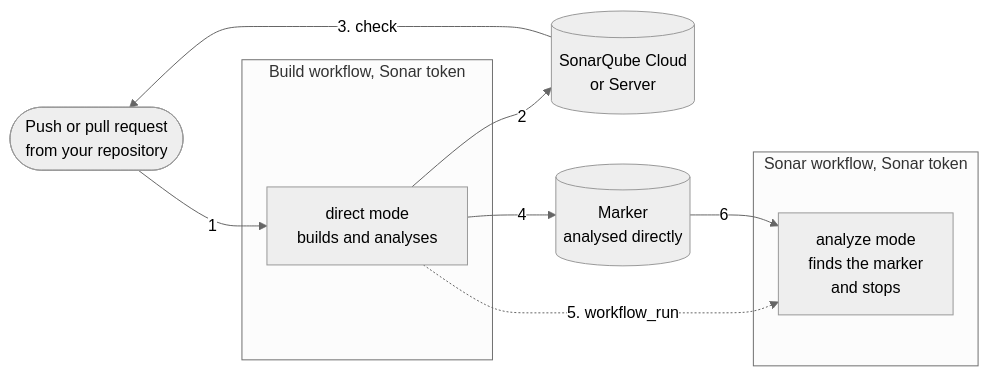
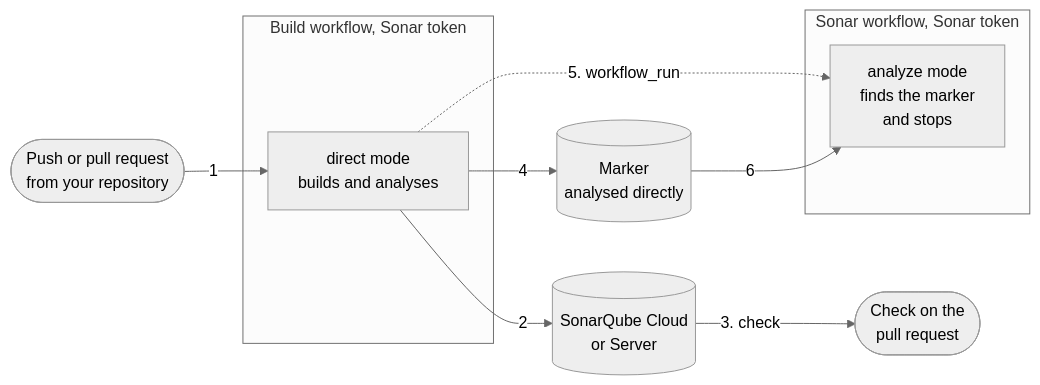
One commit to galois-groups/sonar-fork-analysis changed the second of 2 diagrams in docs/how-it-works.md. Above: the diagram before and after it, drawn with Mermaid (neutral theme). The commit also changed other lines of this file and 4 other files, not shown here.

````diff
--- a/docs/how-it-works.md
+++ b/docs/how-it-works.md
@@ -56,18 +58,19 @@
 ```mermaid
 flowchart LR
   own(["Push or pull request<br/>from your repository"])
   subgraph trusted["Build workflow, Sonar token"]
     direct["direct mode<br/>builds and analyses"]
   end
   server[("SonarQube Cloud<br/>or Server")]
   marker[("Marker<br/>analysed directly")]
   subgraph sonar["Sonar workflow, Sonar token"]
     analyze["analyze mode<br/>finds the marker<br/>and stops"]
   end
+  check(["Check on the<br/>pull request"])
   own -- "1" --> direct
   direct -- "2" --> server
-  server -- "3. check" --> own
+  server -- "3. check" --> check
   direct -- "4" --> marker
   direct -. "5. workflow_run" .-> analyze
   marker -- "6" --> analyze
 ```
````
